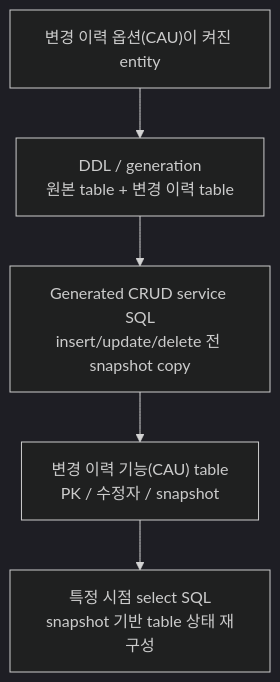
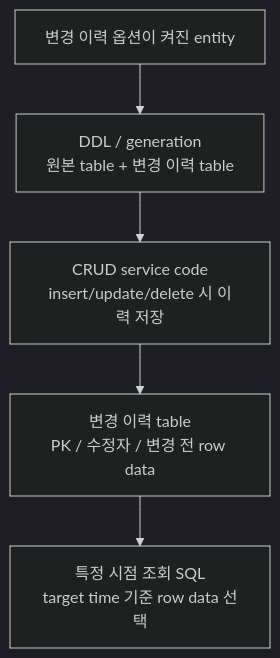
Before and after one commit to zmrdltl/portfolio: the second of 2 diagrams in docs/experience/tmaxcloud.md, drawn with Mermaid (dark theme). The commit also changed other lines of this file and 19 other files, not shown here.

````diff
--- a/docs/experience/tmaxcloud.md
+++ b/docs/experience/tmaxcloud.md
@@ -45,13 +46,13 @@
 ```mermaid
 flowchart TD
-  entity["변경 이력 옵션(CAU)이 켜진 entity"]
+  entity["변경 이력 옵션이 켜진 entity"]
   ddl["DDL / generation\n원본 table + 변경 이력 table"]
-  crud["Generated CRUD service SQL\ninsert/update/delete 전 snapshot copy"]
-  history["변경 이력 기능(CAU) table\nPK / 수정자 / snapshot"]
-  restore["특정 시점 select SQL\nsnapshot 기반 table 상태 재구성"]
+  crud["CRUD service code\ninsert/update/delete 시 이력 저장"]
+  history["변경 이력 table\nPK / 수정자 / 변경 전 row data"]
+  restore["특정 시점 조회 SQL\ntarget time 기준 row data 선택"]
 
   entity --> ddl
   ddl --> crud
   crud --> history
   history --> restore
 ```
````
